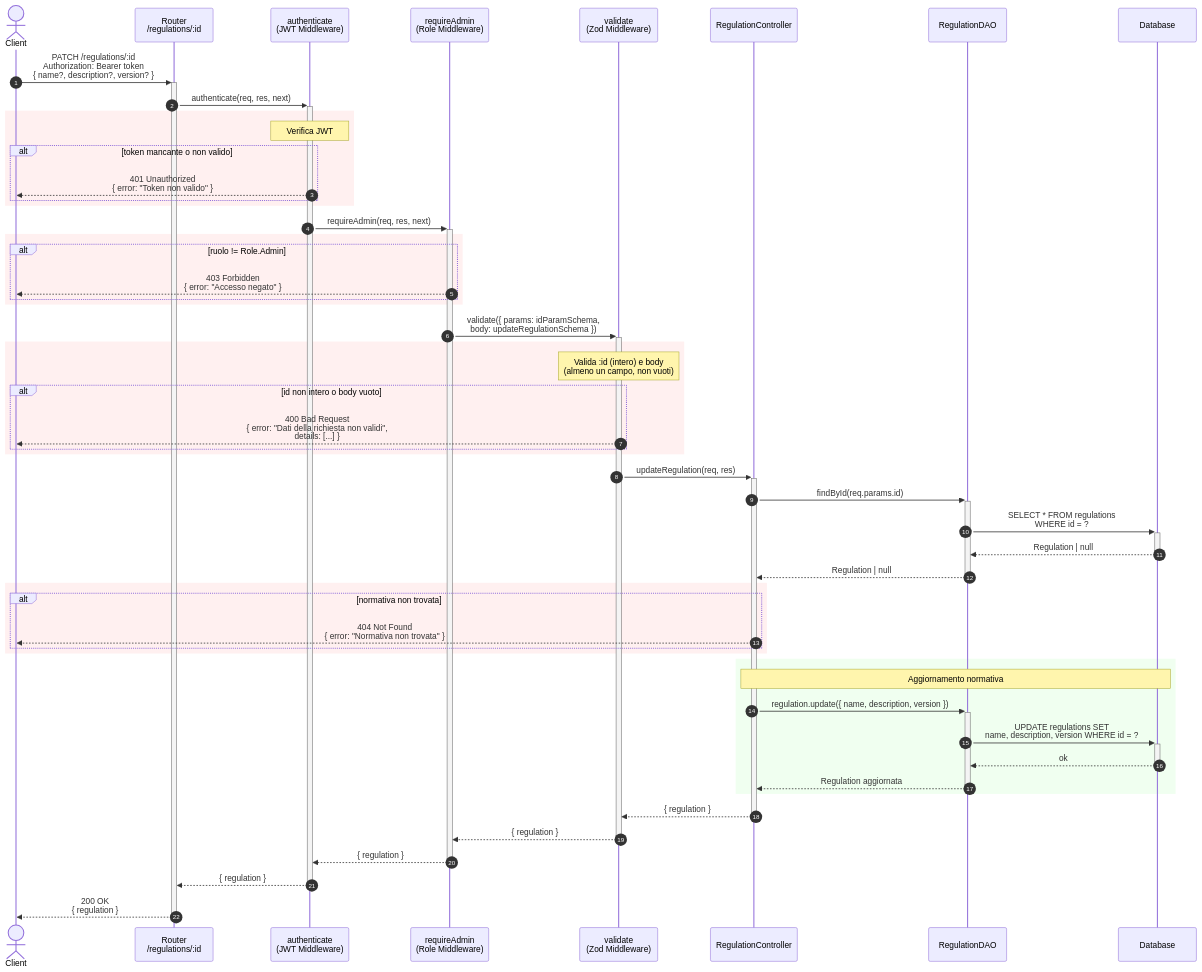
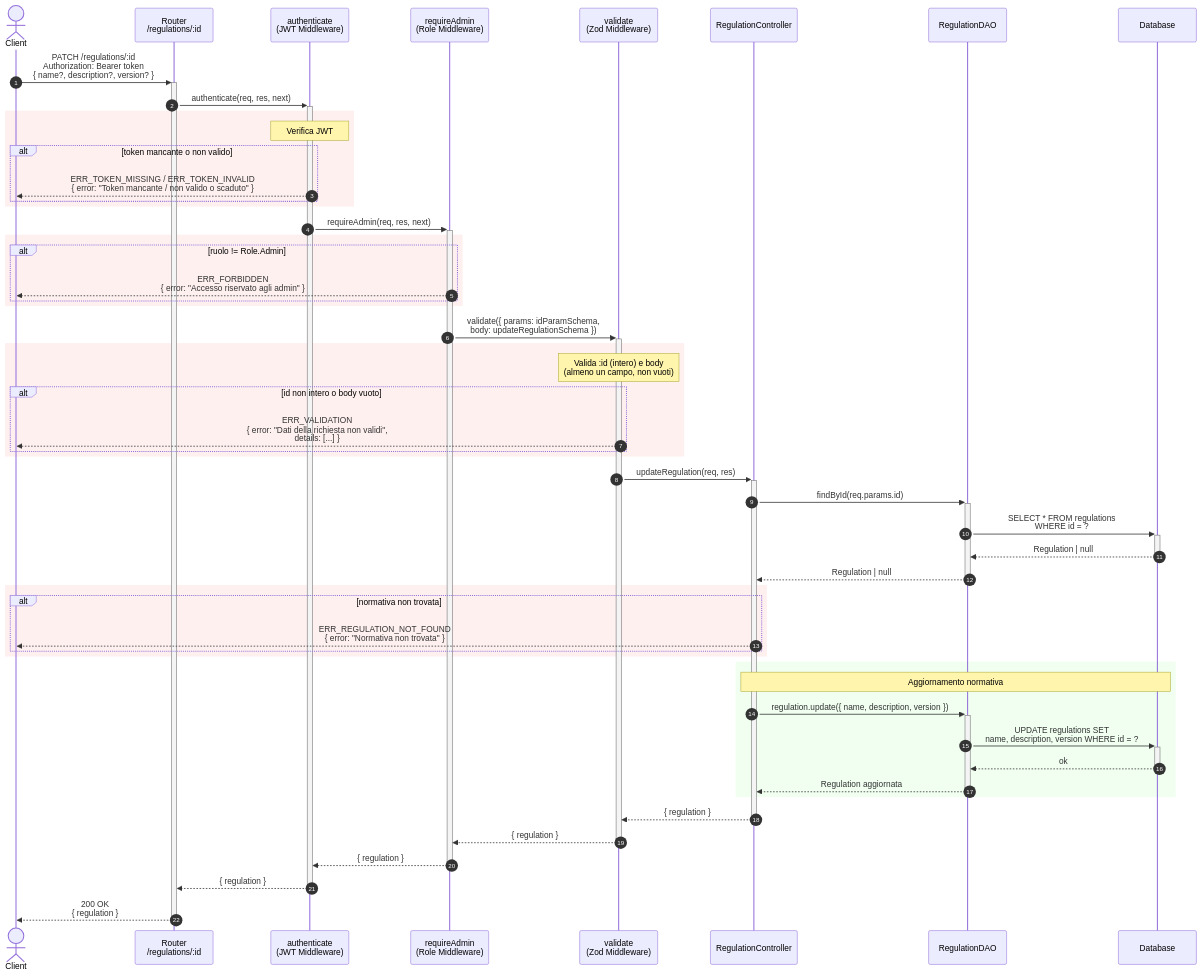
Before and after one commit to zDarius21/Programmazione_Avanzata: the sixth of 9 diagrams in README.md, drawn with Mermaid. The commit also changed other lines of this file and 6 other files, not shown here.

````diff
--- a/README.md
+++ b/README.md
@@ -713,67 +732,67 @@
 ```mermaid
 sequenceDiagram
     autonumber
     actor Client
     participant Router as Router<br/>/regulations/:id
     participant Auth as authenticate<br/>(JWT Middleware)
     participant Role as requireAdmin<br/>(Role Middleware)
     participant Validate as validate<br/>(Zod Middleware)
     participant Controller as RegulationController
     participant DAO as RegulationDAO
     participant DB@{ shape: "database" } as Database
 
     Client->>+Router: PATCH /regulations/:id<br/>Authorization: Bearer token<br/>{ name?, description?, version? }
 
     Router->>+Auth: authenticate(req, res, next)
 
     rect rgb(255, 240, 240)
         note over Auth: Verifica JWT
         alt token mancante o non valido
-            Auth-->>Client: 401 Unauthorized<br/>{ error: "Token non valido" }
+            Auth-->>Client: ERR_TOKEN_MISSING / ERR_TOKEN_INVALID<br/>{ error: "Token mancante / non valido o scaduto" }
         end
     end
 
     Auth->>+Role: requireAdmin(req, res, next)
 
     rect rgb(255, 240, 240)
         alt ruolo != Role.Admin
-            Role-->>Client: 403 Forbidden<br/>{ error: "Accesso negato" }
+            Role-->>Client: ERR_FORBIDDEN<br/>{ error: "Accesso riservato agli admin" }
         end
     end
 
     Role->>+Validate: validate({ params: idParamSchema,<br/>body: updateRegulationSchema })
 
     rect rgb(255, 240, 240)
         note over Validate: Valida :id (intero) e body<br/>(almeno un campo, non vuoti)
         alt id non intero o body vuoto
-            Validate-->>Client: 400 Bad Request<br/>{ error: "Dati della richiesta non validi",<br/>details: [...] }
+            Validate-->>Client: ERR_VALIDATION<br/>{ error: "Dati della richiesta non validi",<br/>details: [...] }
         end
     end
 
     Validate->>+Controller: updateRegulation(req, res)
 
     Controller->>+DAO: findById(req.params.id)
     DAO->>+DB: SELECT * FROM regulations<br/>WHERE id = ?
     DB-->>-DAO: Regulation | null
     DAO-->>-Controller: Regulation | null
 
     rect rgb(255, 240, 240)
         alt normativa non trovata
-            Controller-->>Client: 404 Not Found<br/>{ error: "Normativa non trovata" }
+            Controller-->>Client: ERR_REGULATION_NOT_FOUND<br/>{ error: "Normativa non trovata" }
         end
     end
 
     rect rgb(240, 255, 240)
         note over Controller,DB: Aggiornamento normativa
         Controller->>+DAO: regulation.update({ name, description, version })
         DAO->>+DB: UPDATE regulations SET<br/>name, description, version WHERE id = ?
         DB-->>-DAO: ok
         DAO-->>-Controller: Regulation aggiornata
     end
 
     Controller-->>-Validate: { regulation }
     Validate-->>-Role: { regulation }
     Role-->>-Auth: { regulation }
     Auth-->>-Router: { regulation }
     Router-->>-Client: 200 OK<br/>{ regulation }
 ```
````
